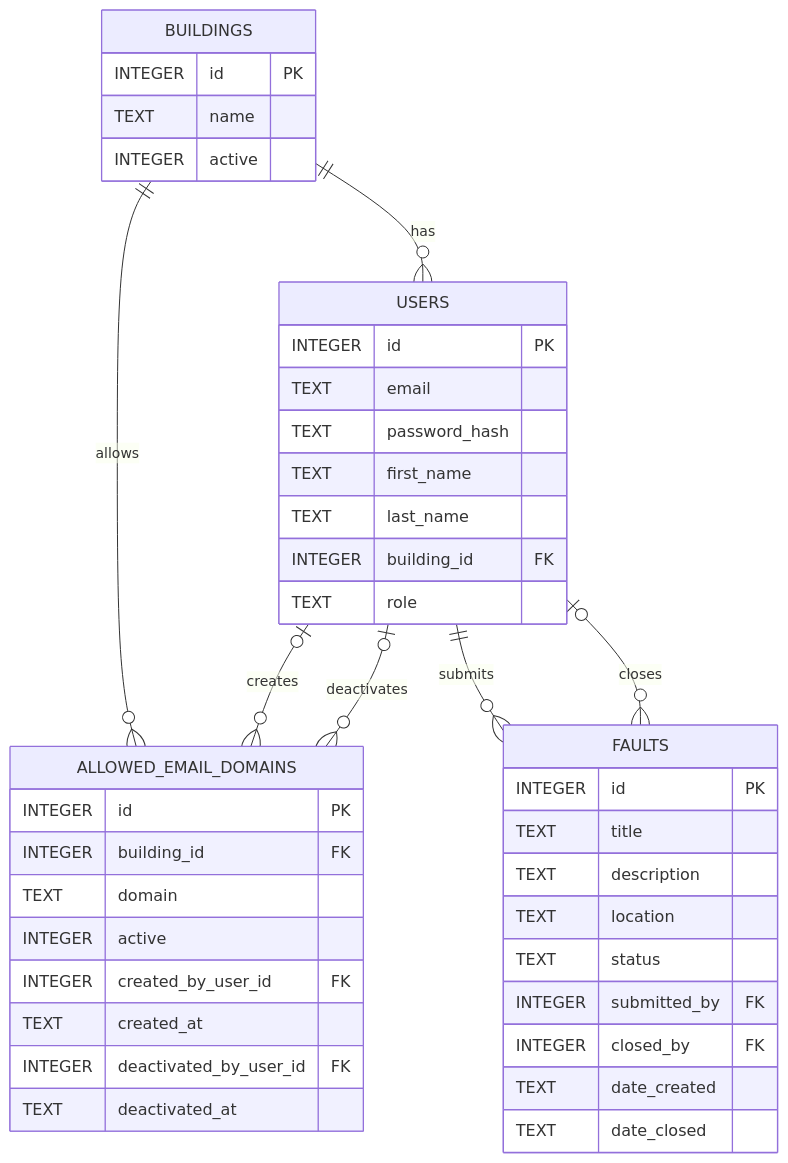
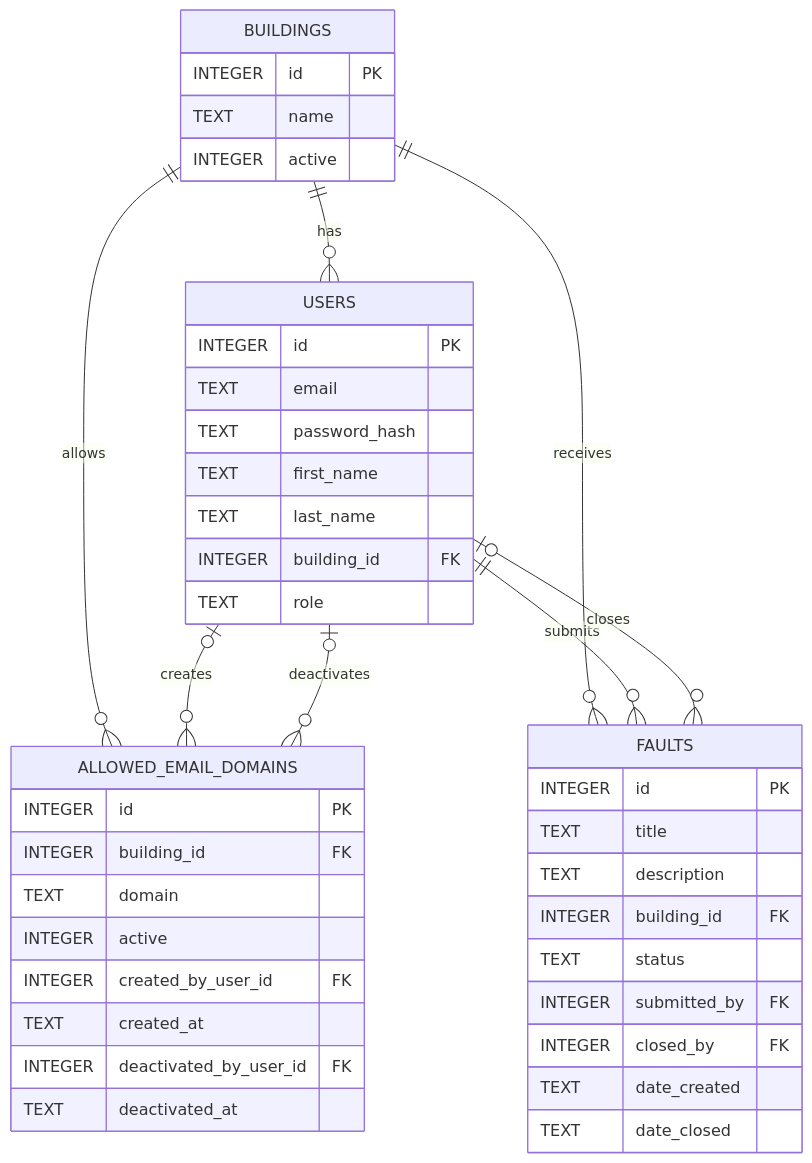
One commit to markwatson0126/secure-fault-reporting-system changed the diagram in README.md. Above: the diagram before and after it, drawn with Mermaid. The commit also changed other lines of this file and 7 other files, not shown here.

````diff
--- a/README.md
+++ b/README.md
@@ -88,48 +89,49 @@
 ```mermaid
 erDiagram
     BUILDINGS ||--o{ USERS : has
     BUILDINGS ||--o{ ALLOWED_EMAIL_DOMAINS : allows
+    BUILDINGS ||--o{ FAULTS : receives
     USERS o|--o{ ALLOWED_EMAIL_DOMAINS : creates
     USERS o|--o{ ALLOWED_EMAIL_DOMAINS : deactivates
     USERS ||--o{ FAULTS : submits
     USERS o|--o{ FAULTS : closes
 
     BUILDINGS {
         INTEGER id PK
         TEXT name
         INTEGER active
     }
 
     USERS {
         INTEGER id PK
         TEXT email
         TEXT password_hash
         TEXT first_name
         TEXT last_name
         INTEGER building_id FK
         TEXT role
     }
 
     ALLOWED_EMAIL_DOMAINS {
         INTEGER id PK
         INTEGER building_id FK
         TEXT domain
         INTEGER active
         INTEGER created_by_user_id FK
         TEXT created_at
         INTEGER deactivated_by_user_id FK
         TEXT deactivated_at
     }
 
     FAULTS {
         INTEGER id PK
         TEXT title
         TEXT description
-        TEXT location
+        INTEGER building_id FK
         TEXT status
         INTEGER submitted_by FK
         INTEGER closed_by FK
         TEXT date_created
         TEXT date_closed
     }
 ```
````
